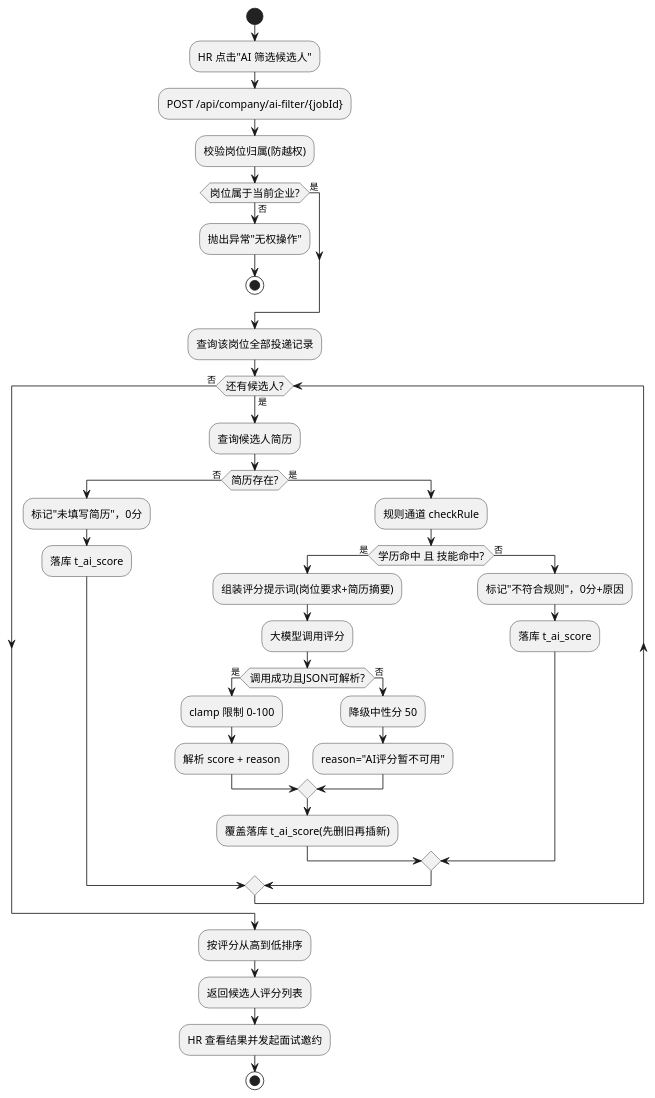
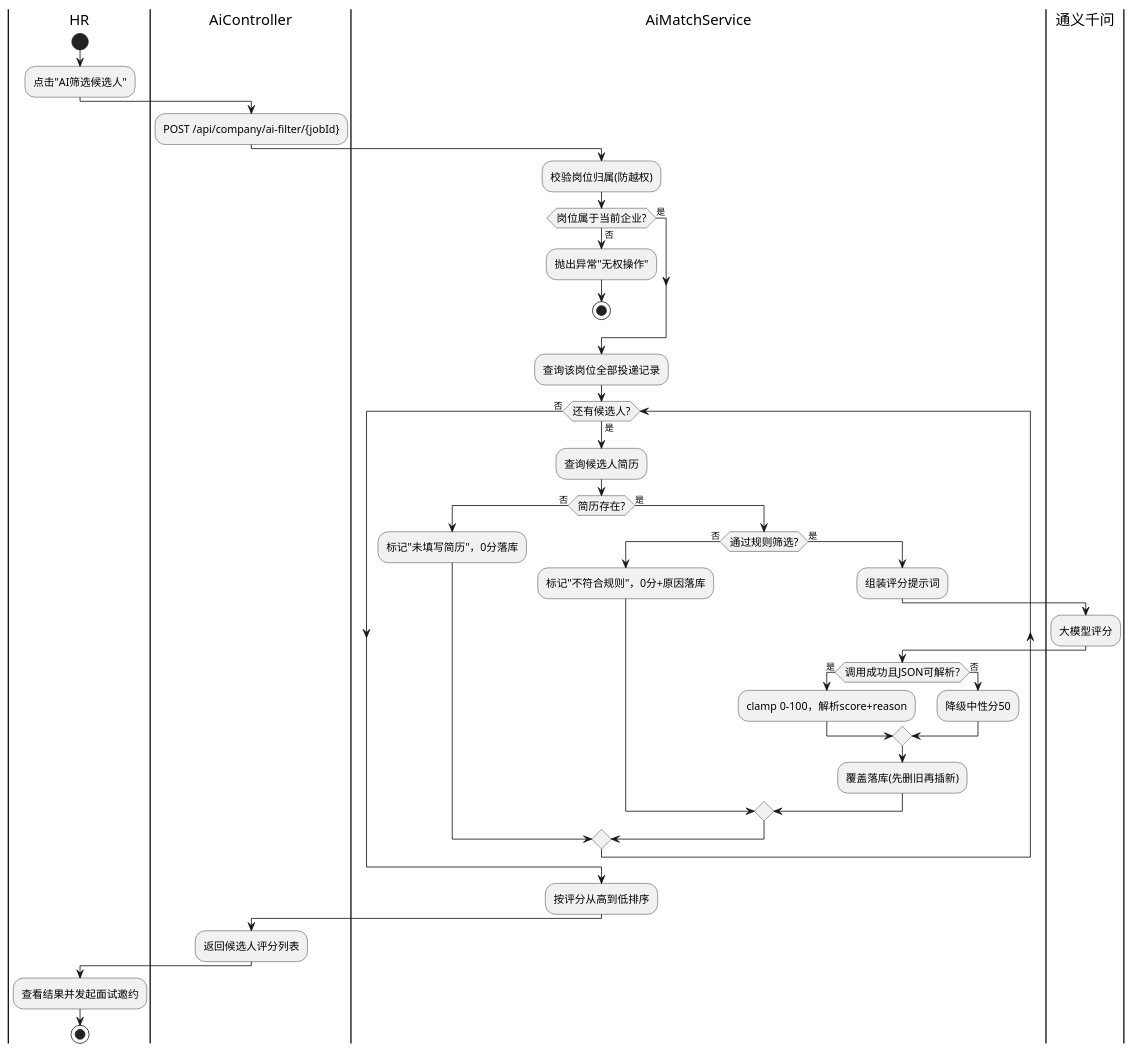
The diagram in uml/李翔/activity-ai-filter.puml (sheep7-bot/recruit-internship-system), drawn with PlantUML before and after one commit. The commit also changed 61 other files, not shown here.

Commit message:
完善 AI 简历解析服务，更新 UML 图集；API Key 改为环境变量读取

```diff
--- a/uml/李翔/activity-ai-filter.puml
+++ b/uml/李翔/activity-ai-filter.puml
@@ -1,45 +1,47 @@
 @startuml AI双通道筛选活动图
 skinparam defaultFontName "Microsoft YaHei"
 skinparam activityDiamondFontSize 13
 skinparam activityFontSize 13
 skinparam defaultTextAlignment center
 
+|HR|
 start
-:HR 点击"AI 筛选候选人";
+:点击"AI筛选候选人";
+|AiController|
 :POST /api/company/ai-filter/{jobId};
+|AiMatchService|
 :校验岗位归属(防越权);
 if (岗位属于当前企业?) then (否)
   :抛出异常"无权操作";
   stop
 else (是)
 endif
 :查询该岗位全部投递记录;
 while (还有候选人?) is (是)
   :查询候选人简历;
   if (简历存在?) then (否)
-    :标记"未填写简历"，0分;
-    :落库 t_ai_score;
+    :标记"未填写简历"，0分落库;
   else (是)
-    :规则通道 checkRule;
-    if (学历命中 且 技能命中?) then (是)
-      :组装评分提示词(岗位要求+简历摘要);
-      :大模型调用评分;
+    if (通过规则筛选?) then (否)
+      :标记"不符合规则"，0分+原因落库;
+    else (是)
+      :组装评分提示词;
+      |通义千问|
+      :大模型评分;
+      |AiMatchService|
       if (调用成功且JSON可解析?) then (是)
-        :clamp 限制 0-100;
-        :解析 score + reason;
+        :clamp 0-100，解析score+reason;
       else (否)
-        :降级中性分 50;
-        :reason="AI评分暂不可用";
+        :降级中性分50;
       endif
-      :覆盖落库 t_ai_score(先删旧再插新);
-    else (否)
-      :标记"不符合规则"，0分+原因;
-      :落库 t_ai_score;
+      :覆盖落库(先删旧再插新);
     endif
   endif
 endwhile (否)
 :按评分从高到低排序;
+|AiController|
 :返回候选人评分列表;
-:HR 查看结果并发起面试邀约;
+|HR|
+:查看结果并发起面试邀约;
 stop
 @enduml
```
